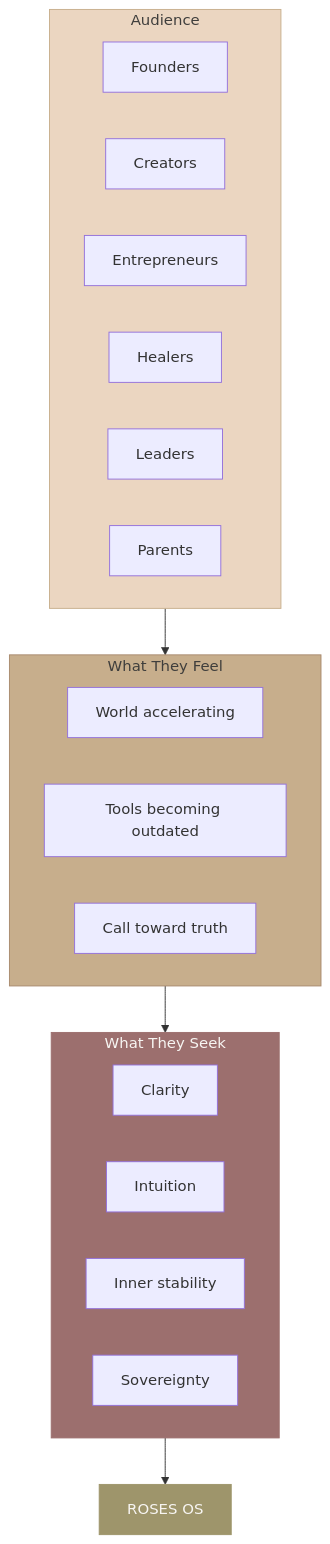
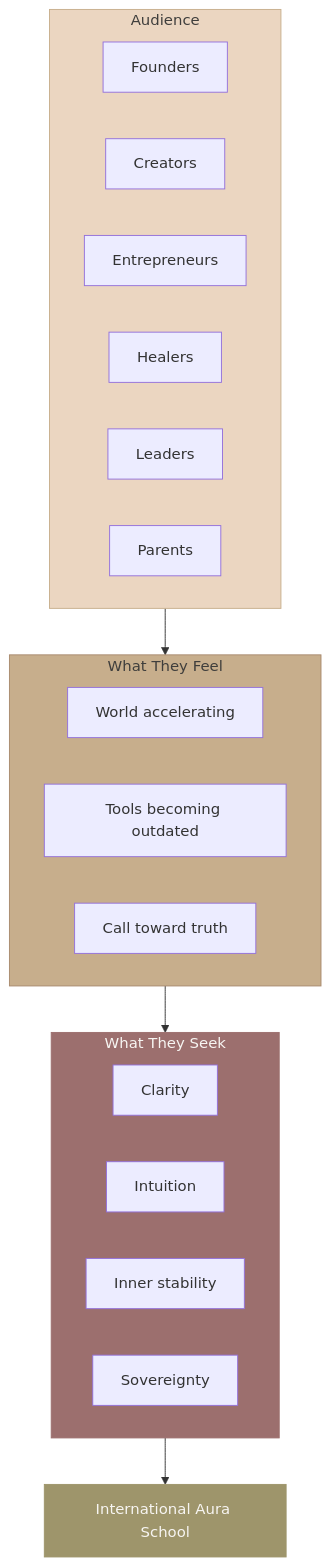
One commit to Light-Brands/roses-os changed the fourth of 27 diagrams in docs/brand/brand-dna.md. Above: the diagram before and after it, drawn with Mermaid. The commit also changed other lines of this file and 79 other files, not shown here.

First line of the commit message:
Rename ROSES OS to International Aura School across entire codebase

````diff
--- a/docs/brand/brand-dna.md
+++ b/docs/brand/brand-dna.md
@@ -186,27 +186,27 @@
 ```mermaid
 graph TD
     subgraph WHO["Audience"]
         F[Founders] & CR[Creators] & E[Entrepreneurs]
         H[Healers] & L[Leaders] & P[Parents]
     end
 
     subgraph FEEL["What They Feel"]
         WA["World accelerating"]
         TO["Tools becoming outdated"]
         CT["Call toward truth"]
     end
 
     subgraph DESIRE["What They Seek"]
         CL["Clarity"]
         IN["Intuition"]
         IS["Inner stability"]
         SV["Sovereignty"]
     end
 
-    WHO --> FEEL --> DESIRE --> ROS["ROSES OS"]
+    WHO --> FEEL --> DESIRE --> ROS["International Aura School"]
 
     style WHO fill:#EBD6C1,color:#3F3E3C,stroke:#C7AE8C
     style FEEL fill:#C7AE8C,color:#3F3E3C,stroke:#A8896D
     style DESIRE fill:#9C6F6E,color:#F7F5F2,stroke:#9C6F6E
     style ROS fill:#9E956B,color:#F7F5F2,stroke:#9E956B
 ```
````
